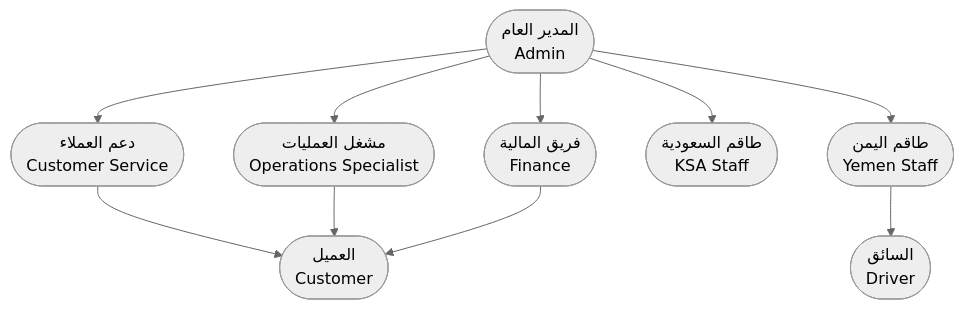
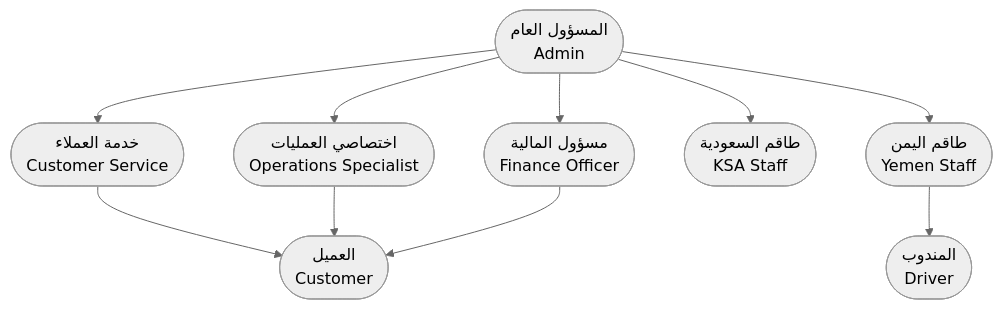
One commit to Ash69g/Documentation-Study changed the second of 3 diagrams in docs/08-security-and-roles/08-security-and-roles.md. Above: the diagram before and after it, drawn with Mermaid (neutral theme). The commit also changed other lines of this file and 15 other files, not shown here.

````diff
--- a/docs/08-security-and-roles/08-security-and-roles.md
+++ b/docs/08-security-and-roles/08-security-and-roles.md
@@ -60,21 +55,21 @@
 ```mermaid
 flowchart TB
-  Admin([المدير العام\nAdmin])
-  Finance([فريق المالية\nFinance])
-  Ops([مشغل العمليات\nOperations Specialist])
-  CS([دعم العملاء\nCustomer Service])
-  KSA([طاقم السعودية\nKSA Staff])
-  Yemen([طاقم اليمن\nYemen Staff])
-  Driver([السائق\nDriver])
-  Customer([العميل\nCustomer])
+  Admin(["المسؤول العام\nAdmin"])
+  Finance(["مسؤول المالية\nFinance Officer"])
+  Ops(["اختصاصي العمليات\nOperations Specialist"])
+  CS(["خدمة العملاء\nCustomer Service"])
+  KSA(["طاقم السعودية\nKSA Staff"])
+  Yemen(["طاقم اليمن\nYemen Staff"])
+  Driver(["المندوب\nDriver"])
+  Customer(["العميل\nCustomer"])
 
   Admin --> Finance
   Admin --> Ops
   Admin --> CS
   Admin --> KSA
   Admin --> Yemen
   Yemen --> Driver
   CS --> Customer
   Ops --> Customer
   Finance --> Customer
 ```
````
